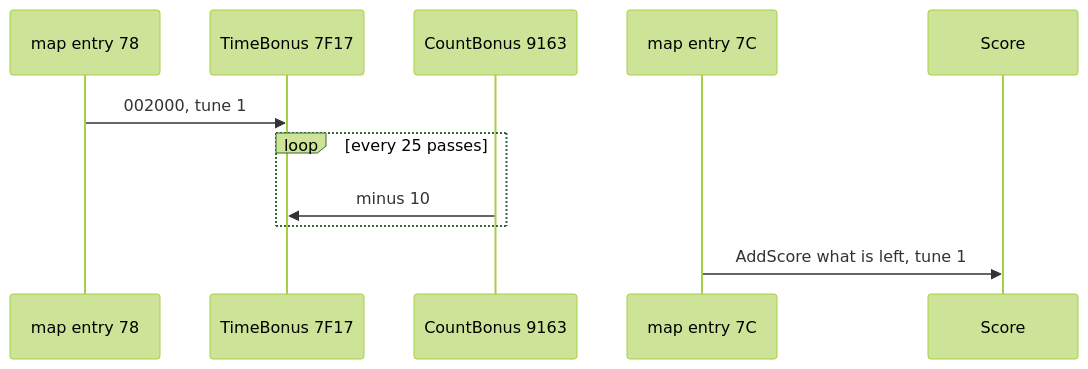
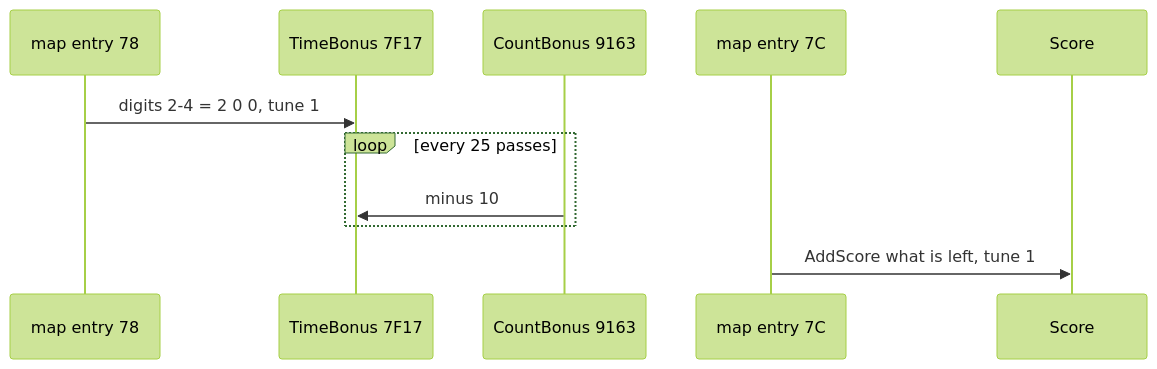
One commit to alfishe/unrealng-reverse-cases changed diagram 11 of 13 in games/rick-dangerous-2/docs/10-gameplay-logic.md. Above: the diagram before and after it, drawn with Mermaid (forest theme). The commit also changed other lines of this file and 42 other files, not shown here.

````diff
--- a/games/rick-dangerous-2/docs/10-gameplay-logic.md
+++ b/games/rick-dangerous-2/docs/10-gameplay-logic.md
@@ -967,13 +989,13 @@
 ```mermaid
 sequenceDiagram
     participant M as map entry 78
     participant T as TimeBonus 7F17
     participant C as CountBonus 9163
     participant S as map entry 7C
     participant P as Score
-    M->>T: 002000, tune 1
+    M->>T: digits 2-4 = 2 0 0, tune 1
     loop every 25 passes
         C->>T: minus 10
     end
     S->>P: AddScore what is left, tune 1
 ```
````
